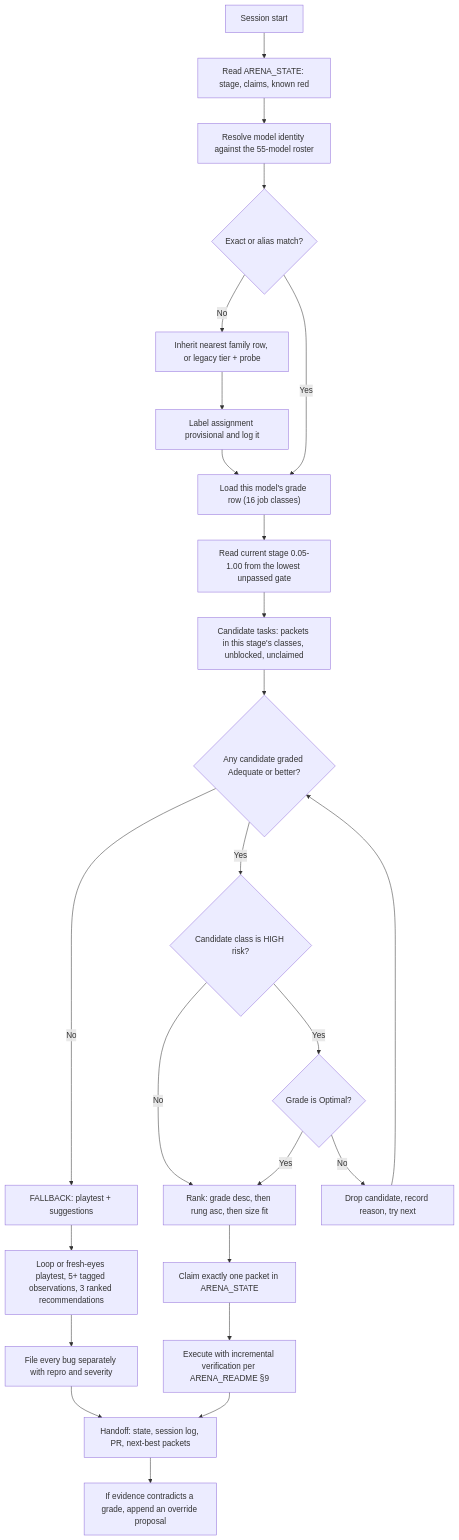
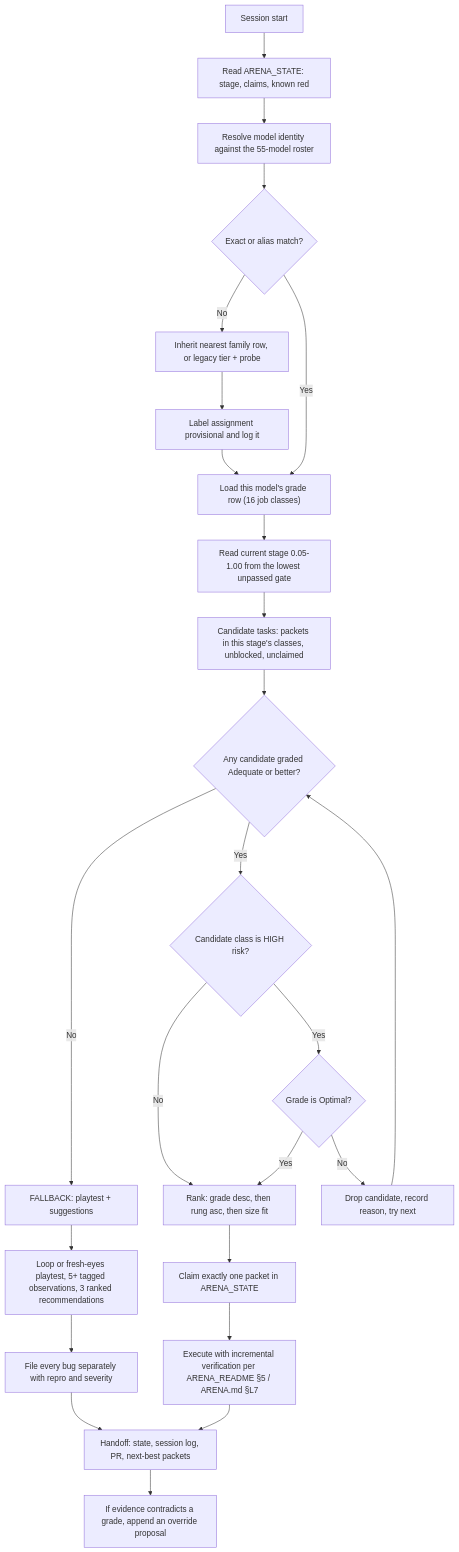
The diagram in Arena Protocols/ARENA_MODEL_ROUTER.md (overlijden1995-jpg/TheViolence-v1.2.1), drawn with Mermaid before and after one commit. The commit also changed other lines of this file and 9 other files, not shown here.

````diff
--- a/Arena Protocols/ARENA_MODEL_ROUTER.md
+++ b/Arena Protocols/ARENA_MODEL_ROUTER.md
@@ -298,27 +297,27 @@
 ```mermaid
 flowchart TD
     A["Session start"] --> B["Read ARENA_STATE: stage, claims, known red"]
     B --> C["Resolve model identity against the 55-model roster"]
     C --> D{"Exact or alias match?"}
     D -- "No" --> D1["Inherit nearest family row, or legacy tier + probe"]
     D1 --> D2["Label assignment provisional and log it"]
     D -- "Yes" --> E["Load this model's grade row (16 job classes)"]
     D2 --> E
     E --> F["Read current stage 0.05-1.00 from the lowest unpassed gate"]
     F --> G["Candidate tasks: packets in this stage's classes, unblocked, unclaimed"]
     G --> H{"Any candidate graded Adequate or better?"}
     H -- "No" --> O["FALLBACK: playtest + suggestions"]
     H -- "Yes" --> I{"Candidate class is HIGH risk?"}
     I -- "No" --> J["Rank: grade desc, then rung asc, then size fit"]
     I -- "Yes" --> K{"Grade is Optimal?"}
     K -- "Yes" --> J
     K -- "No" --> L["Drop candidate, record reason, try next"]
     L --> H
     J --> M["Claim exactly one packet in ARENA_STATE"]
-    M --> N["Execute with incremental verification per ARENA_README §9"]
+    M --> N["Execute with incremental verification per ARENA_README §5 / ARENA.md §L7"]
     O --> O1["Loop or fresh-eyes playtest, 5+ tagged observations, 3 ranked recommendations"]
     O1 --> O2["File every bug separately with repro and severity"]
     N --> P["Handoff: state, session log, PR, next-best packets"]
     O2 --> P
     P --> Q["If evidence contradicts a grade, append an override proposal"]
 ```
````
